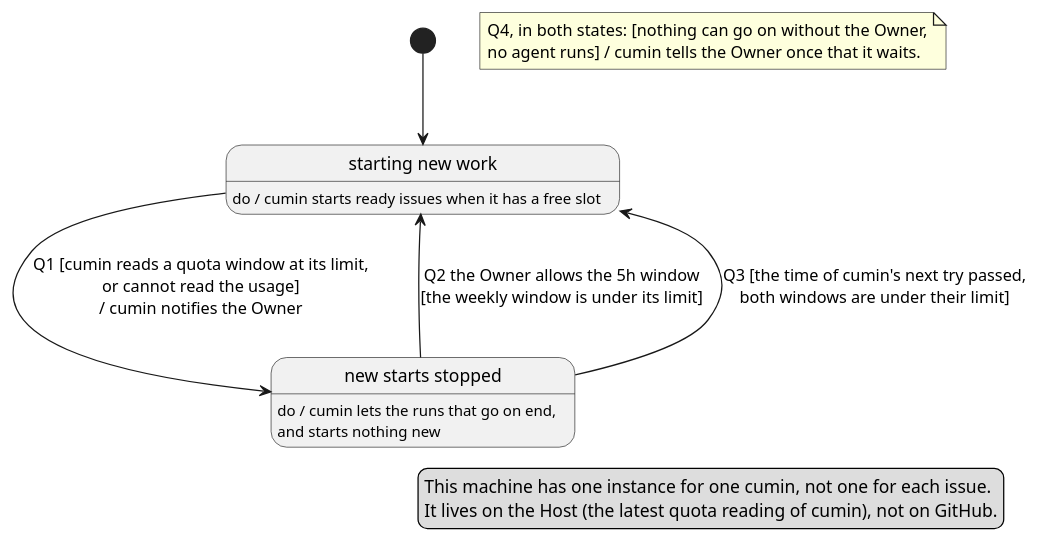
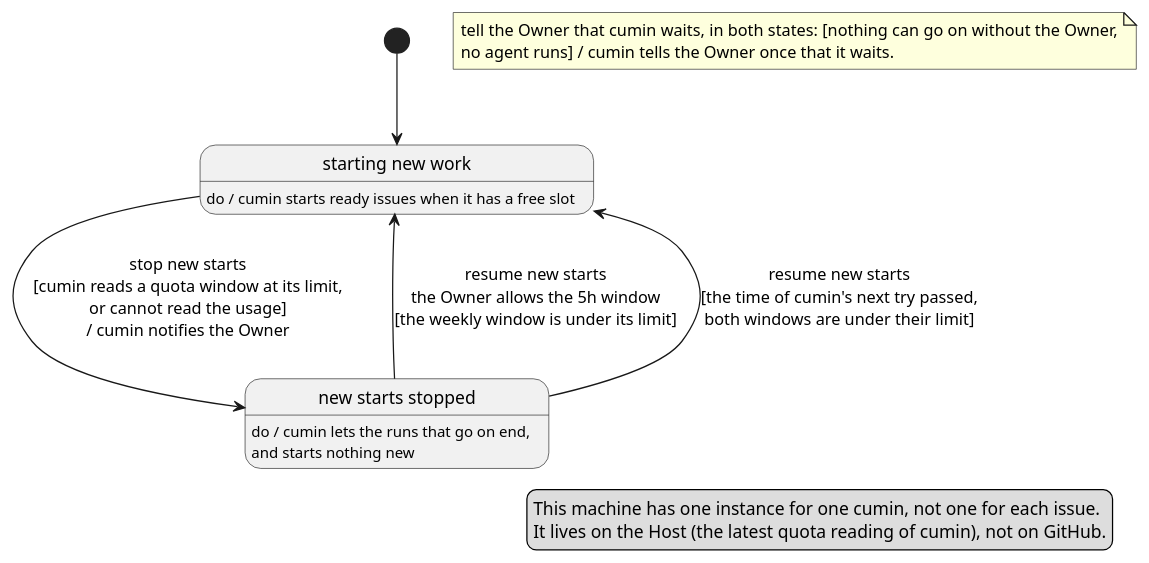
One commit to cloveclovedev/cumin-works changed the diagram in docs/ja/requirements/workflow/new-starts-states.puml. Above: the diagram before and after it, drawn with PlantUML. The commit also changed 6 other files, not shown here.

```diff
--- a/docs/ja/requirements/workflow/new-starts-states.puml
+++ b/docs/ja/requirements/workflow/new-starts-states.puml
@@ -1,26 +1,26 @@
 @startuml new-starts-states
-' cumin works - the state of cumin itself for new starts (quota). Q1 to Q4 of issue-states.md
+' cumin works - the state of cumin itself for new starts (quota). the quota transitions of issue-states.md
 ' are transitions of this machine, not of an issue.
 ' Render: run scripts/render-diagrams.sh at the root of the repository.
 
 hide empty description
 
 state "starting new work" as Starting
 Starting : do / cumin starts ready issues when it has a free slot
 
 state "new starts stopped" as Stopped
 Stopped : do / cumin lets the runs that go on end,\nand starts nothing new
 
 [*] --> Starting
-Starting --> Stopped : Q1 [cumin reads a quota window at its limit,\nor cannot read the usage]\n/ cumin notifies the Owner
-Stopped --> Starting : Q2 the Owner allows the 5h window\n[the weekly window is under its limit]
-Stopped --> Starting : Q3 [the time of cumin's next try passed,\nboth windows are under their limit]
+Starting --> Stopped : stop new starts\n[cumin reads a quota window at its limit,\nor cannot read the usage]\n/ cumin notifies the Owner
+Stopped --> Starting : resume new starts\nthe Owner allows the 5h window\n[the weekly window is under its limit]
+Stopped --> Starting : resume new starts\n[the time of cumin's next try passed,\nboth windows are under their limit]
 
-note "Q4, in both states: [nothing can go on without the Owner,\nno agent runs] / cumin tells the Owner once that it waits." as Q4
+note "tell the Owner that cumin waits, in both states: [nothing can go on without the Owner,\nno agent runs] / cumin tells the Owner once that it waits." as Q4
 
 legend right
   This machine has one instance for one cumin, not one for each issue.
   It lives on the Host (the latest quota reading of cumin), not on GitHub.
 endlegend
 
 @enduml
```
